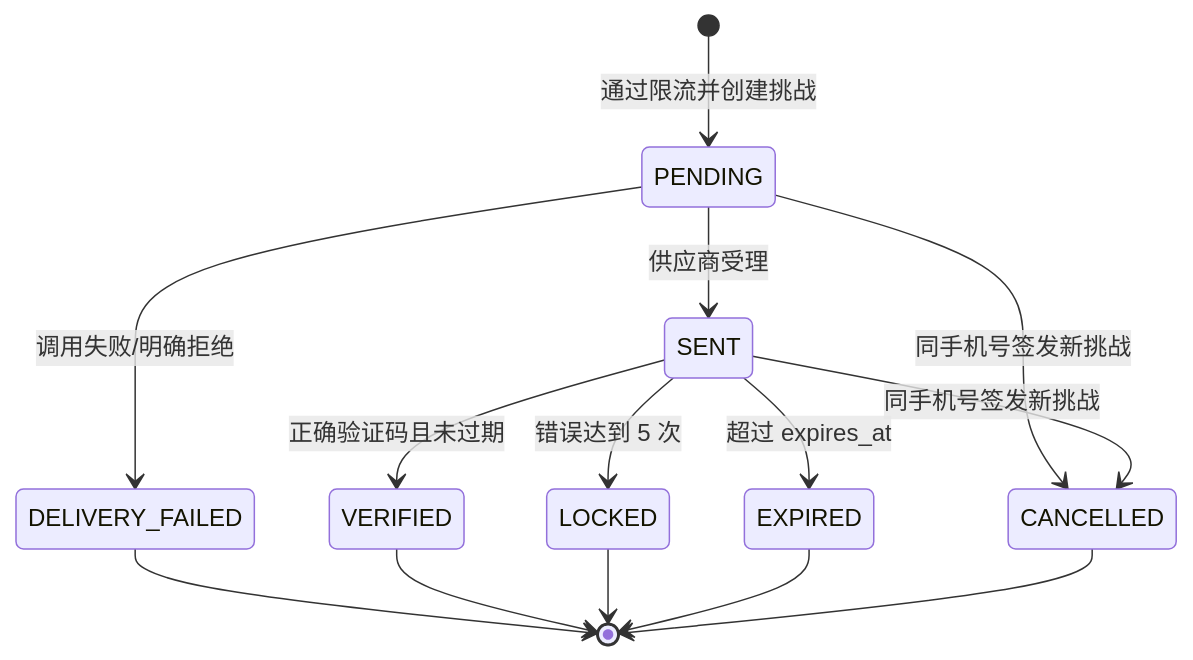
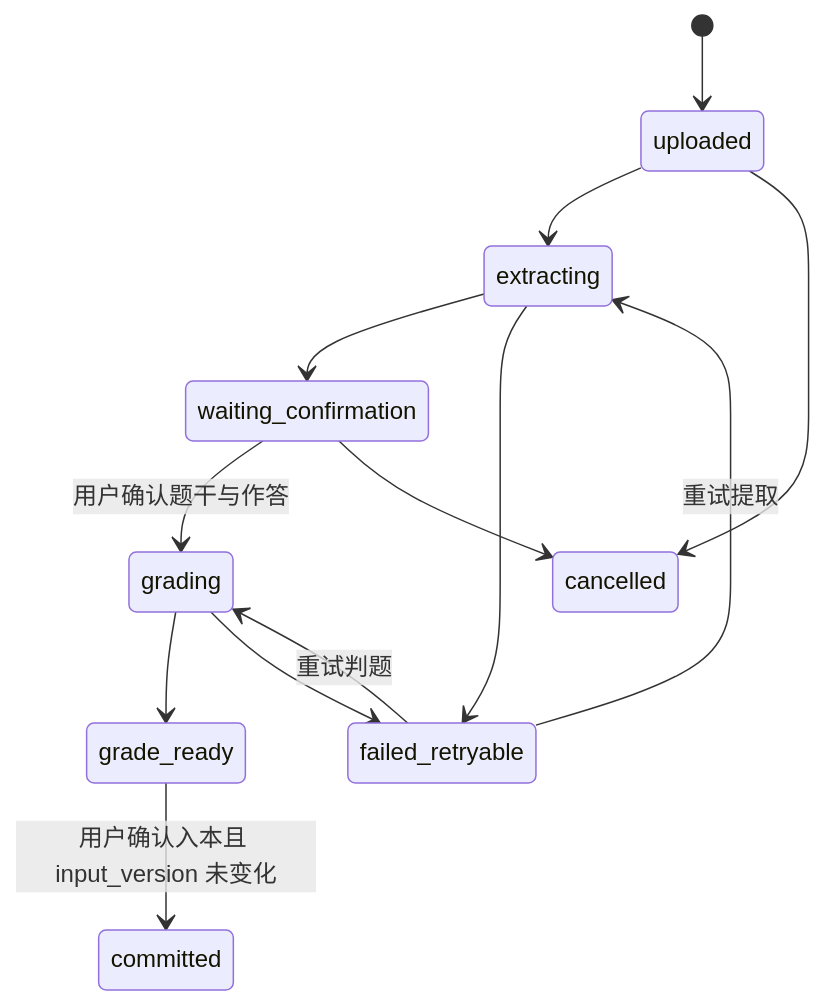
Before and after one commit to chjesu/math-error-notebook-web: the second of 2 diagrams in docs/03-TECHNICAL-ARCHITECTURE.md, drawn with Mermaid. The commit also changed other lines of this file and 3 other files, not shown here.

Commit message:
docs: freeze v0.3.2 architecture contracts

````diff
--- a/docs/03-TECHNICAL-ARCHITECTURE.md
+++ b/docs/03-TECHNICAL-ARCHITECTURE.md
@@ -78,16 +53,15 @@
 ```mermaid
 stateDiagram-v2
-    [*] --> PENDING: 通过限流并创建挑战
-    PENDING --> SENT: 供应商受理
-    PENDING --> DELIVERY_FAILED: 调用失败/明确拒绝
-    SENT --> VERIFIED: 正确验证码且未过期
-    SENT --> LOCKED: 错误达到 5 次
-    SENT --> EXPIRED: 超过 expires_at
-    PENDING --> CANCELLED: 同手机号签发新挑战
-    SENT --> CANCELLED: 同手机号签发新挑战
-    DELIVERY_FAILED --> [*]
-    VERIFIED --> [*]
-    LOCKED --> [*]
-    EXPIRED --> [*]
-    CANCELLED --> [*]
+    [*] --> uploaded
+    uploaded --> extracting
+    extracting --> waiting_confirmation
+    waiting_confirmation --> grading: 用户确认题干与作答
+    grading --> grade_ready
+    grade_ready --> committed: 用户确认入本且 input_version 未变化
+    extracting --> failed_retryable
+    grading --> failed_retryable
+    failed_retryable --> extracting: 重试提取
+    failed_retryable --> grading: 重试判题
+    uploaded --> cancelled
+    waiting_confirmation --> cancelled
 ```
````
